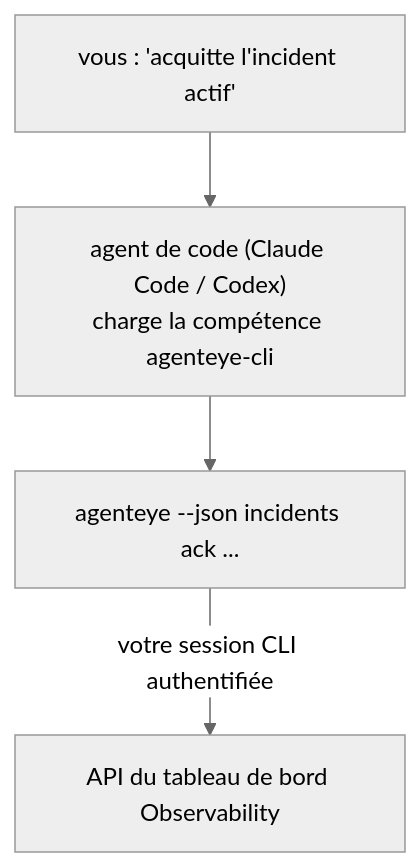
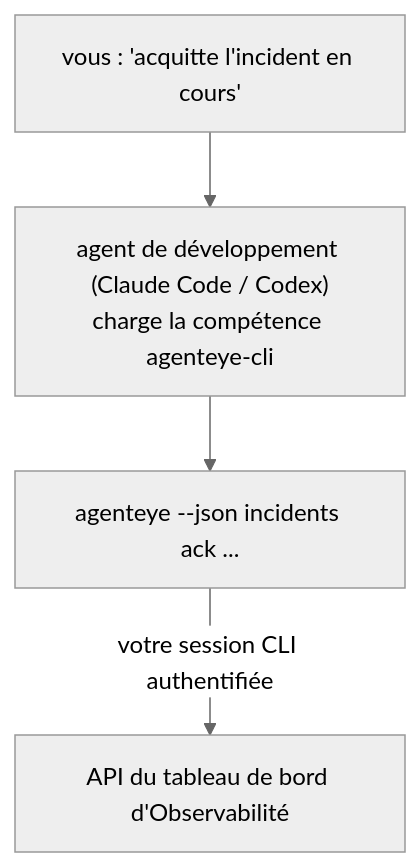
One commit to FailproofAI/failproofai changed the diagram in docs/fr/agenteye/cli-skill.mdx. Above: the diagram before and after it, drawn with Mermaid (neutral theme). The commit also changed other lines of this file and 650 other files, not shown here.

````diff
--- a/docs/fr/agenteye/cli-skill.mdx
+++ b/docs/fr/agenteye/cli-skill.mdx
@@ -28,6 +28,6 @@
 ```mermaid
 flowchart TD
-    YOU["vous : 'acquitte l'incident actif'"] --> AGENT["agent de code (Claude Code / Codex)<br/>charge la compétence agenteye-cli"]
+    YOU["vous : 'acquitte l'incident en cours'"] --> AGENT["agent de développement (Claude Code / Codex)<br/>charge la compétence agenteye-cli"]
     AGENT --> CLI["agenteye --json incidents ack ..."]
-    CLI -->|votre session CLI authentifiée| API["API du tableau de bord Observability"]
+    CLI -->|votre session CLI authentifiée| API["API du tableau de bord d'Observabilité"]
 ```
````
